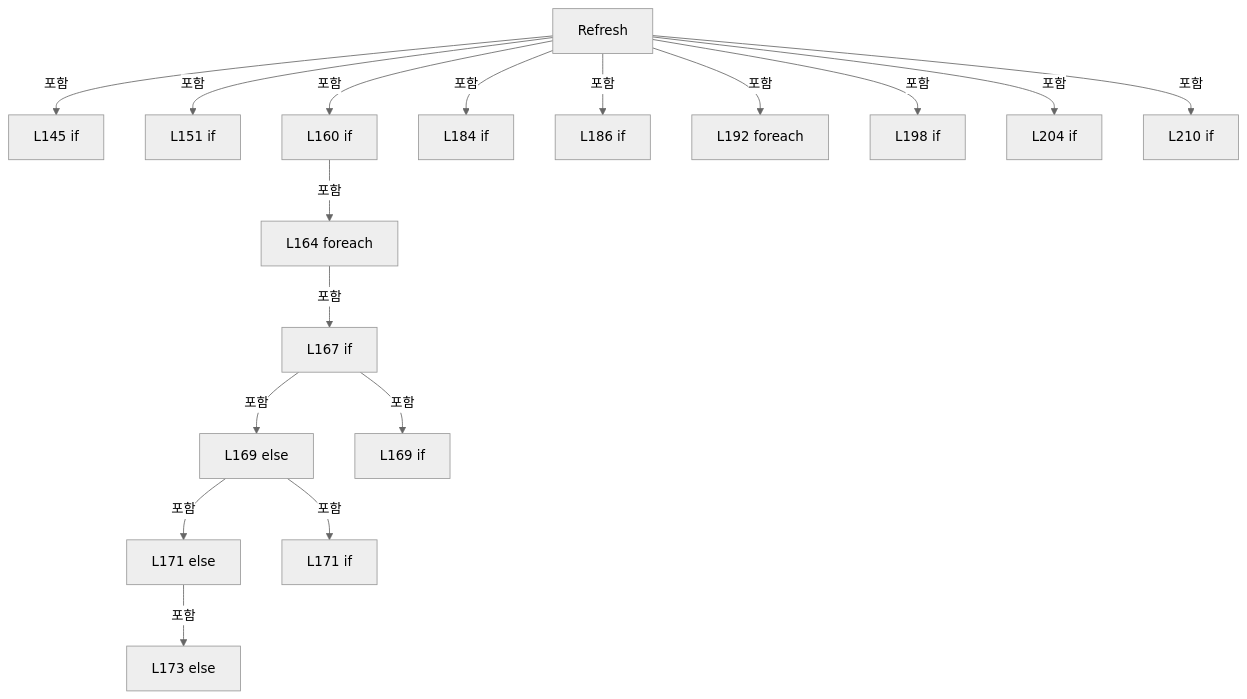
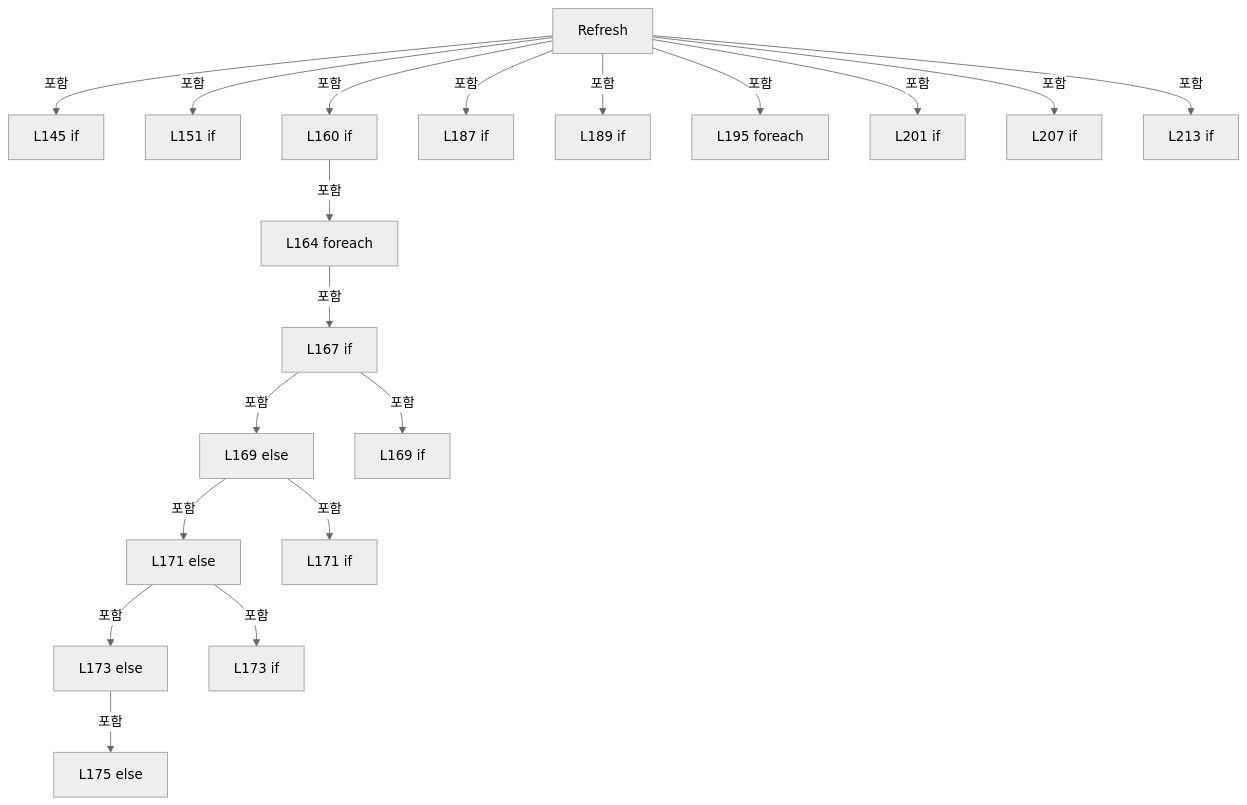
The fifth of 10 diagrams in A3 LD Code Ref/files/Drilling.UI/Popup/CMelsecStageSimulationDialog.xaml.cs.md (kjuws10-rgb/Shared), drawn with Mermaid (neutral theme) before and after one commit. The commit also changed other lines of this file and 8055 other files, not shown here.

Commit message:
docs(a3): trace Stage Glass Data and refresh architecture and full code reference

````diff
--- a/A3 LD Code Ref/files/Drilling.UI/Popup/CMelsecStageSimulationDialog.xaml.cs.md
+++ b/A3 LD Code Ref/files/Drilling.UI/Popup/CMelsecStageSimulationDialog.xaml.cs.md
@@ -1206,36 +1221,40 @@
 ```mermaid
 flowchart TD
  M["Refresh"]
  N0["L145 if"]
  M -->|포함| N0
  N1["L151 if"]
  M -->|포함| N1
  N2["L160 if"]
  M -->|포함| N2
  N3["L164 foreach"]
  N2 -->|포함| N3
  N4["L167 if"]
  N3 -->|포함| N4
  N5["L169 else"]
  N4 -->|포함| N5
  N6["L169 if"]
  N4 -->|포함| N6
  N7["L171 else"]
  N5 -->|포함| N7
  N8["L171 if"]
  N5 -->|포함| N8
  N9["L173 else"]
  N7 -->|포함| N9
- N10["L184 if"]
- M -->|포함| N10
- N11["L186 if"]
- M -->|포함| N11
- N12["L192 foreach"]
+ N10["L173 if"]
+ N7 -->|포함| N10
+ N11["L175 else"]
+ N9 -->|포함| N11
+ N12["L187 if"]
  M -->|포함| N12
- N13["L198 if"]
+ N13["L189 if"]
  M -->|포함| N13
- N14["L204 if"]
+ N14["L195 foreach"]
  M -->|포함| N14
- N15["L210 if"]
+ N15["L201 if"]
  M -->|포함| N15
+ N16["L207 if"]
+ M -->|포함| N16
+ N17["L213 if"]
+ M -->|포함| N17
 ```
````
